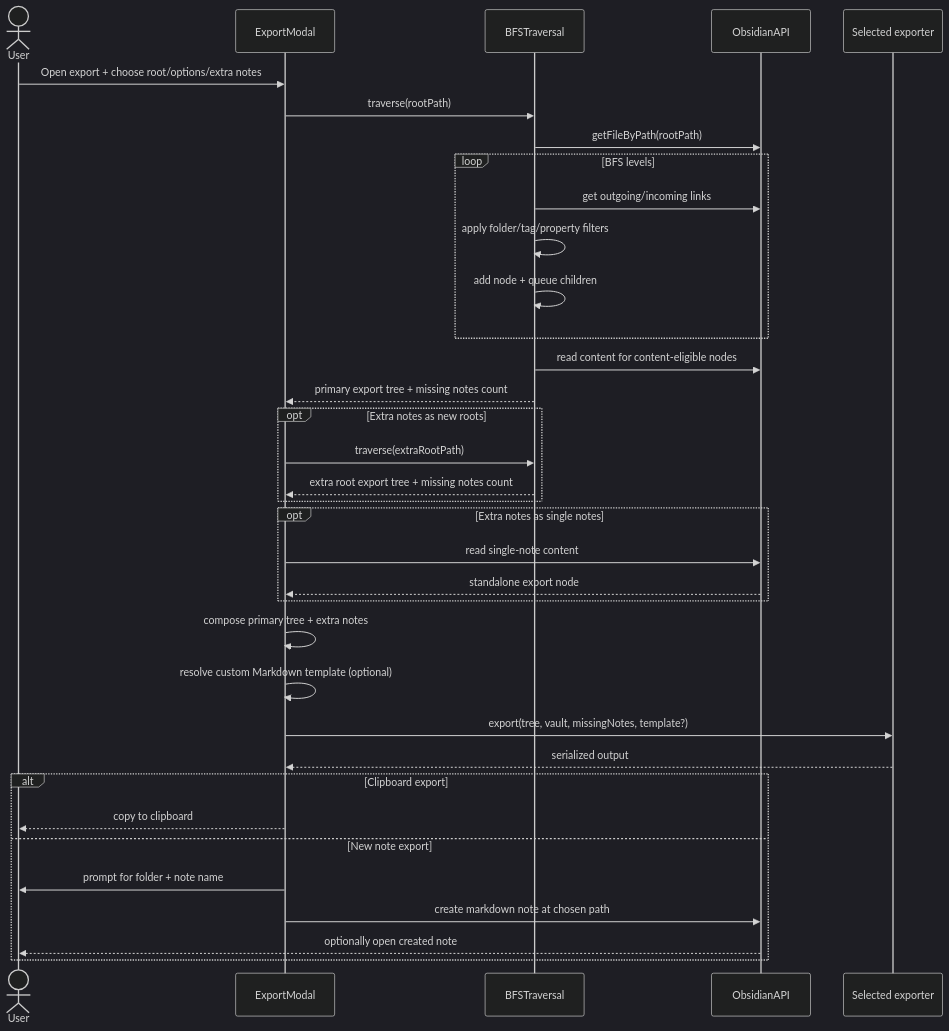
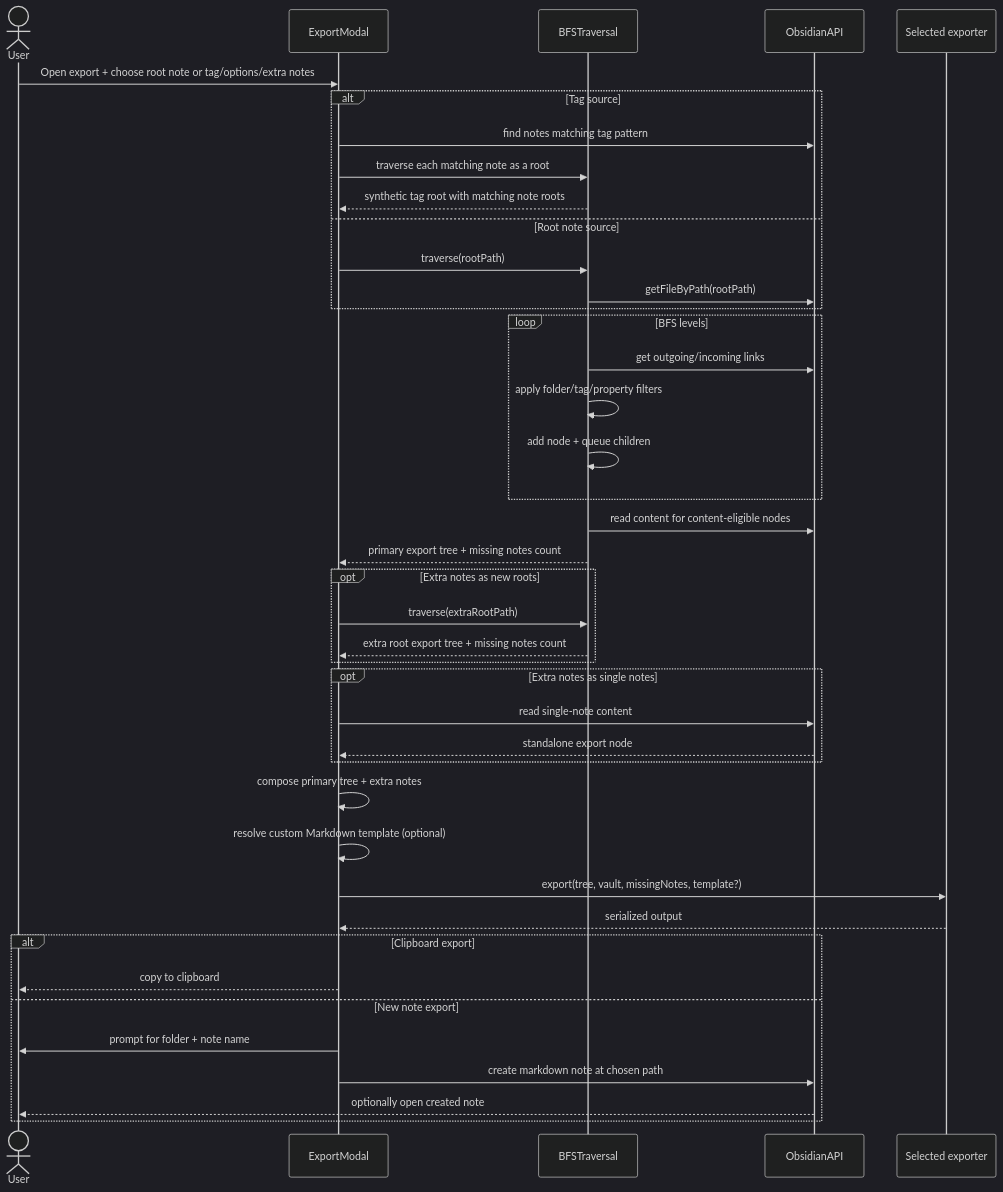
One commit to LittleHaku/obsidian-smart-export changed the first of 3 diagrams in docs/export-architecture.md. Above: the diagram before and after it, drawn with Mermaid (dark theme). The commit also changed other lines of this file and 13 other files, not shown here.

````diff
--- a/docs/export-architecture.md
+++ b/docs/export-architecture.md
@@ -23,38 +23,44 @@
 ```mermaid
 sequenceDiagram
     actor User
     participant Modal as ExportModal
     participant Traversal as BFSTraversal
     participant API as ObsidianAPI
     participant Exporter as Selected exporter
 
-    User->>Modal: Open export + choose root/options/extra notes
-    Modal->>Traversal: traverse(rootPath)
-    Traversal->>API: getFileByPath(rootPath)
+    User->>Modal: Open export + choose root note or tag/options/extra notes
+    alt Tag source
+        Modal->>API: find notes matching tag pattern
+        Modal->>Traversal: traverse each matching note as a root
+        Traversal-->>Modal: synthetic tag root with matching note roots
+    else Root note source
+        Modal->>Traversal: traverse(rootPath)
+        Traversal->>API: getFileByPath(rootPath)
+    end
     loop BFS levels
         Traversal->>API: get outgoing/incoming links
         Traversal->>Traversal: apply folder/tag/property filters
         Traversal->>Traversal: add node + queue children
     end
     Traversal->>API: read content for content-eligible nodes
     Traversal-->>Modal: primary export tree + missing notes count
     opt Extra notes as new roots
         Modal->>Traversal: traverse(extraRootPath)
         Traversal-->>Modal: extra root export tree + missing notes count
     end
     opt Extra notes as single notes
         Modal->>API: read single-note content
         API-->>Modal: standalone export node
     end
     Modal->>Modal: compose primary tree + extra notes
     Modal->>Modal: resolve custom Markdown template (optional)
     Modal->>Exporter: export(tree, vault, missingNotes, template?)
     Exporter-->>Modal: serialized output
     alt Clipboard export
         Modal-->>User: copy to clipboard
     else New note export
         Modal->>User: prompt for folder + note name
         Modal->>API: create markdown note at chosen path
         API-->>User: optionally open created note
     end
 ```
````
